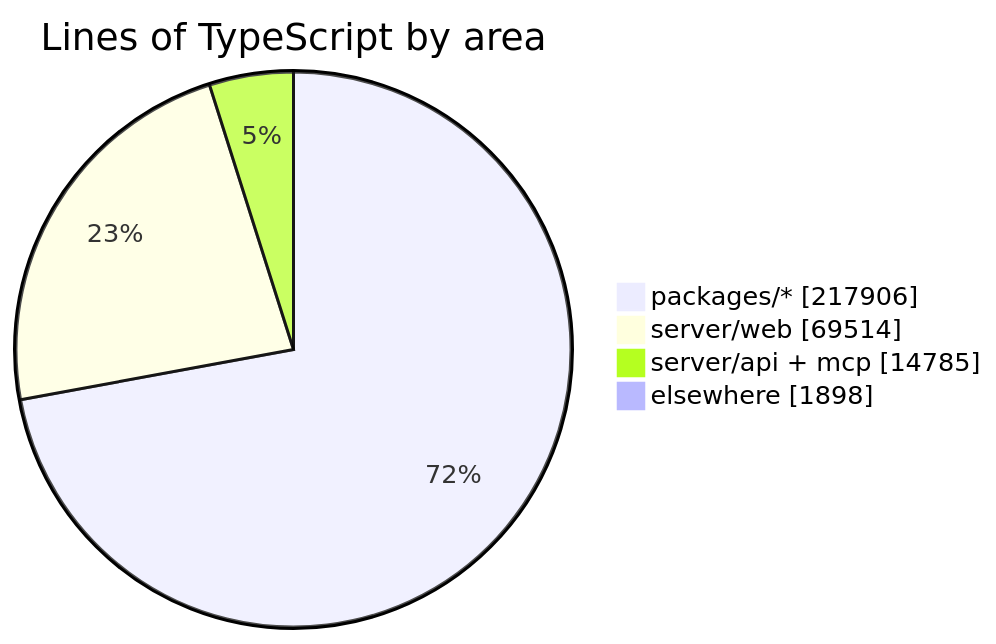
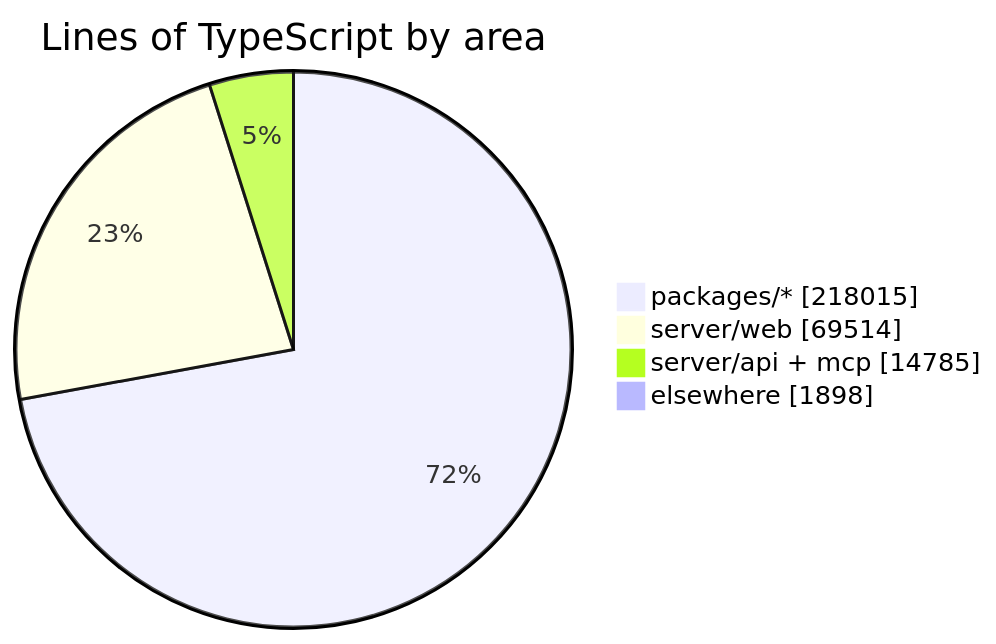
Before and after one commit to crossworks-engineering/mantle: the diagram in README.md, drawn with Mermaid. The commit also changed other lines of this file and 2 other files, not shown here.

````diff
--- a/README.md
+++ b/README.md
@@ -287,7 +287,7 @@
 ```mermaid
 pie showData title Lines of TypeScript by area
-    "packages/*" : 217906
+    "packages/*" : 218015
     "server/web" : 69514
     "server/api + mcp" : 14785
     "elsewhere" : 1898
 ```
````
